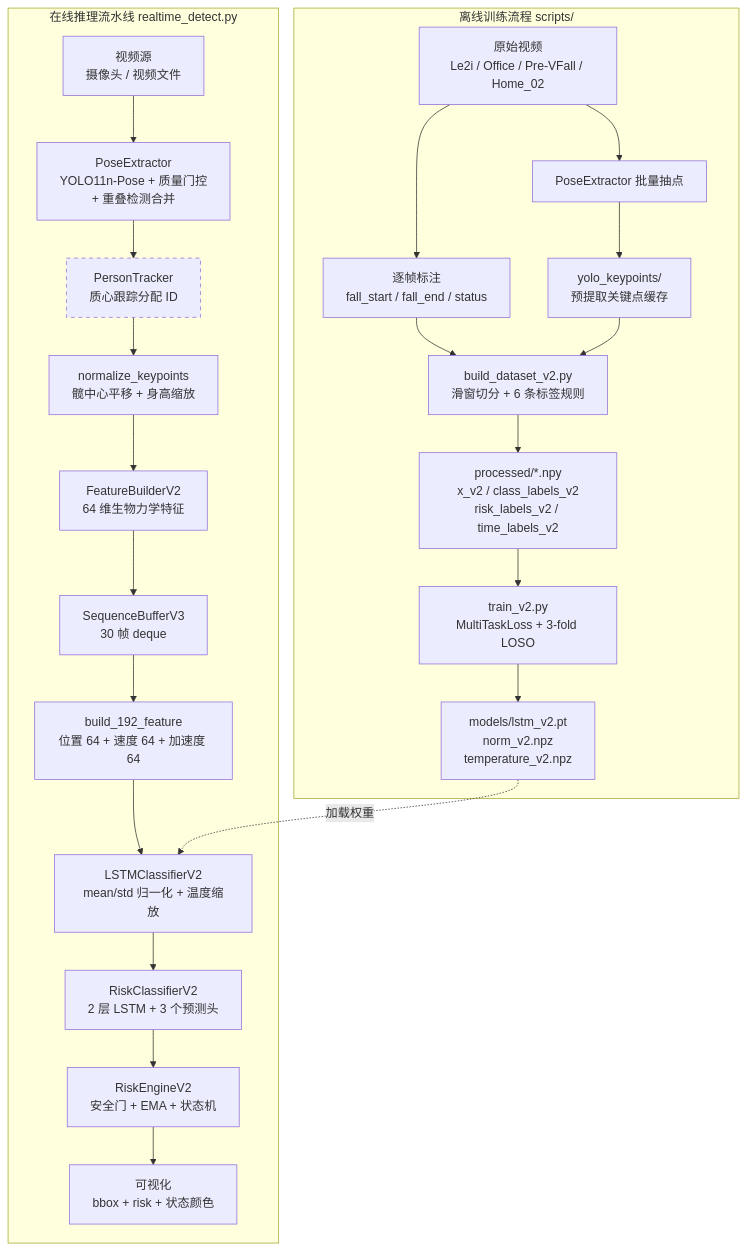
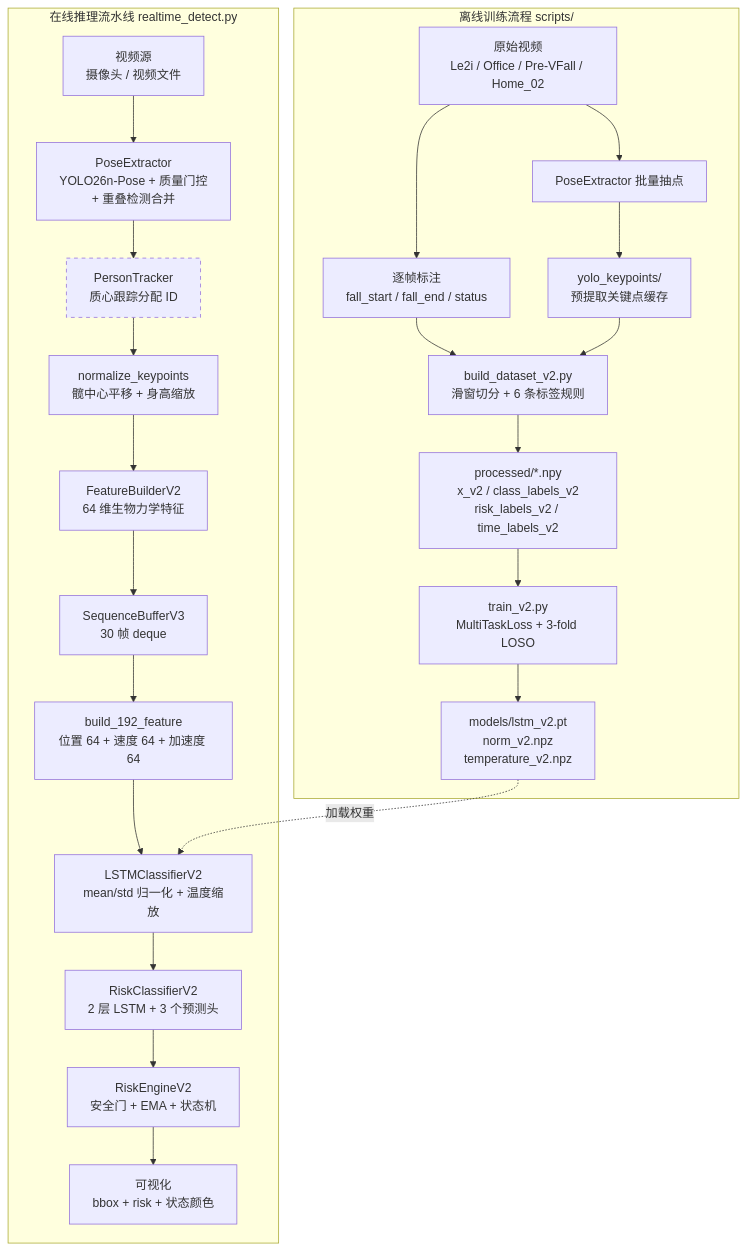
One commit to liheeng/elder-reform changed the first of 3 diagrams in docs/architecture.md. Above: the diagram before and after it, drawn with Mermaid. The commit also changed other lines of this file and 7 other files, not shown here.

First line of the commit message:
feat(pose): 全仓统一姿态权重为 YOLO26n-Pose

````diff
--- a/docs/architecture.md
+++ b/docs/architecture.md
@@ -51,34 +51,34 @@
 ```mermaid
 flowchart TD
     subgraph OFFLINE["离线训练流程 scripts/"]
         V["原始视频<br/>Le2i / Office / Pre-VFall / Home_02"]
         ANNO["逐帧标注<br/>fall_start / fall_end / status"]
         Y0["PoseExtractor 批量抽点"]
         KPC["yolo_keypoints/<br/>预提取关键点缓存"]
         BLD["build_dataset_v2.py<br/>滑窗切分 + 6 条标签规则"]
         NPY["processed/*.npy<br/>x_v2 / class_labels_v2<br/>risk_labels_v2 / time_labels_v2"]
         TRN["train_v2.py<br/>MultiTaskLoss + 3-fold LOSO"]
         W["models/lstm_v2.pt<br/>norm_v2.npz<br/>temperature_v2.npz"]
         V --> ANNO --> BLD
         V --> Y0 --> KPC --> BLD
         BLD --> NPY --> TRN --> W
     end
 
     subgraph ONLINE["在线推理流水线 realtime_detect.py"]
         CAM["视频源<br/>摄像头 / 视频文件"]
-        PE["PoseExtractor<br/>YOLO11n-Pose + 质量门控<br/>+ 重叠检测合并"]
+        PE["PoseExtractor<br/>YOLO26n-Pose + 质量门控<br/>+ 重叠检测合并"]
         TRK["PersonTracker<br/>质心跟踪分配 ID"]
         NRM["normalize_keypoints<br/>髋中心平移 + 身高缩放"]
         FB["FeatureBuilderV2<br/>64 维生物力学特征"]
         SB["SequenceBufferV3<br/>30 帧 deque"]
         CAT["build_192_feature<br/>位置 64 + 速度 64 + 加速度 64"]
         CLS["LSTMClassifierV2<br/>mean/std 归一化 + 温度缩放"]
         NET["RiskClassifierV2<br/>2 层 LSTM + 3 个预测头"]
         ENG["RiskEngineV2<br/>安全门 + EMA + 状态机"]
         OUT["可视化<br/>bbox + risk + 状态颜色"]
         CAM --> PE --> TRK --> NRM --> FB --> SB --> CAT --> CLS --> NET --> ENG --> OUT
     end
 
     W -.加载权重.-> CLS
     style TRK stroke-dasharray: 5 5
 ```
````
